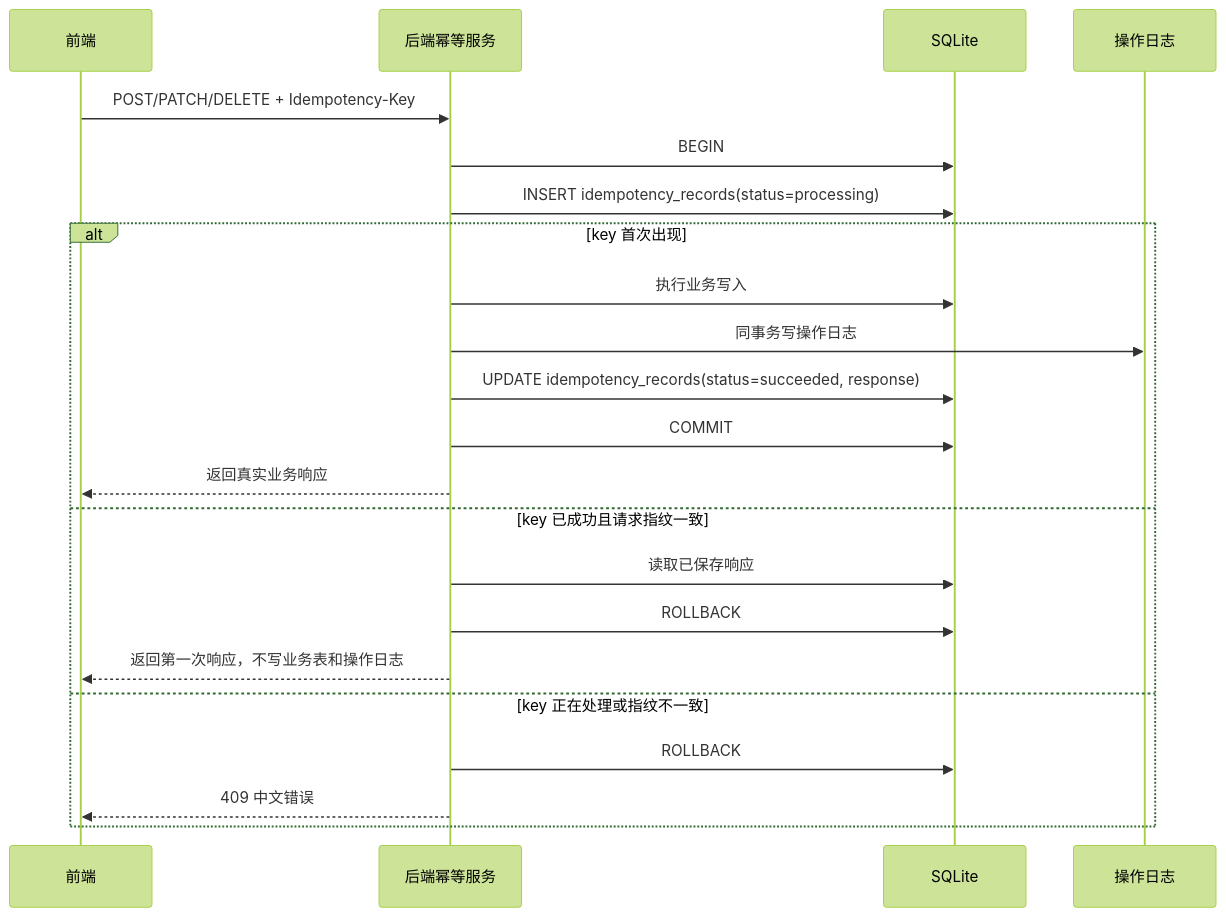
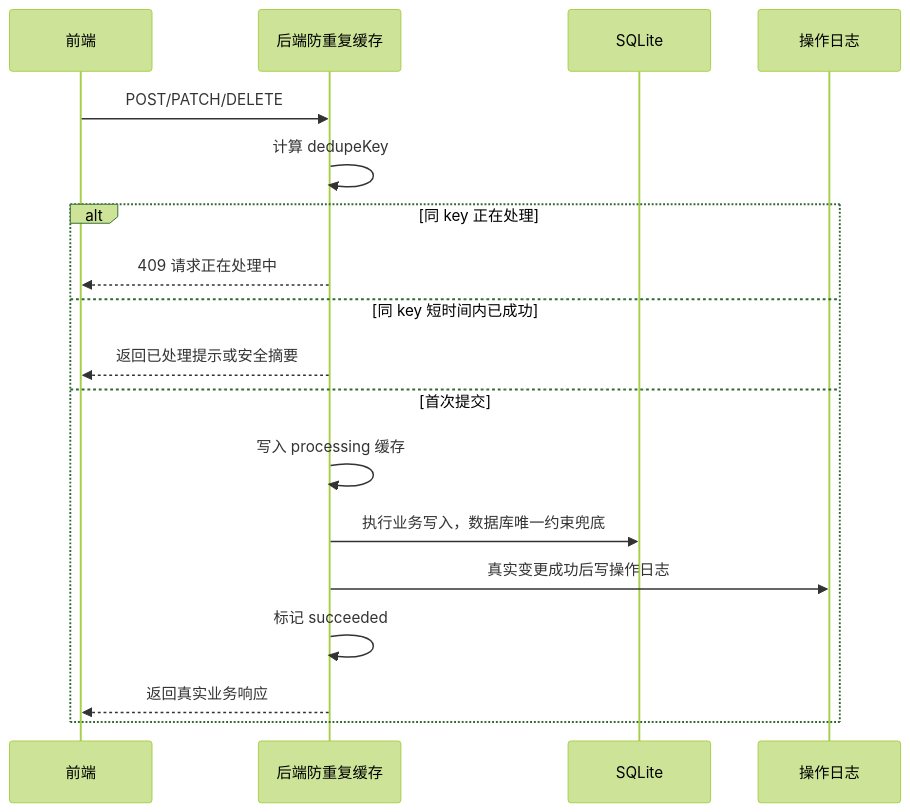
Before and after one commit to huanmin123/juhe-ai: the diagram in docs/functions/幂等与唯一约束设计.md, drawn with Mermaid (forest theme). The commit also changed other lines of this file and 75 other files, not shown here.

````diff
--- a/docs/functions/幂等与唯一约束设计.md
+++ b/docs/functions/幂等与唯一约束设计.md
@@ -91,25 +161,21 @@
 ```mermaid
 sequenceDiagram
   participant FE as 前端
-  participant API as 后端幂等服务
+  participant API as 后端防重复缓存
   participant DB as SQLite
   participant LOG as 操作日志
 
-  FE->>API: POST/PATCH/DELETE + Idempotency-Key
-  API->>DB: BEGIN
-  API->>DB: INSERT idempotency_records(status=processing)
-  alt key 首次出现
-    API->>DB: 执行业务写入
-    API->>LOG: 同事务写操作日志
-    API->>DB: UPDATE idempotency_records(status=succeeded, response)
-    API->>DB: COMMIT
+  FE->>API: POST/PATCH/DELETE
+  API->>API: 计算 dedupeKey
+  alt 同 key 正在处理
+    API-->>FE: 409 请求正在处理中
+  else 同 key 短时间内已成功
+    API-->>FE: 返回已处理提示或安全摘要
+  else 首次提交
+    API->>API: 写入 processing 缓存
+    API->>DB: 执行业务写入，数据库唯一约束兜底
+    API->>LOG: 真实变更成功后写操作日志
+    API->>API: 标记 succeeded
     API-->>FE: 返回真实业务响应
-  else key 已成功且请求指纹一致
-    API->>DB: 读取已保存响应
-    API->>DB: ROLLBACK
-    API-->>FE: 返回第一次响应，不写业务表和操作日志
-  else key 正在处理或指纹不一致
-    API->>DB: ROLLBACK
-    API-->>FE: 409 中文错误
   end
 ```
````
